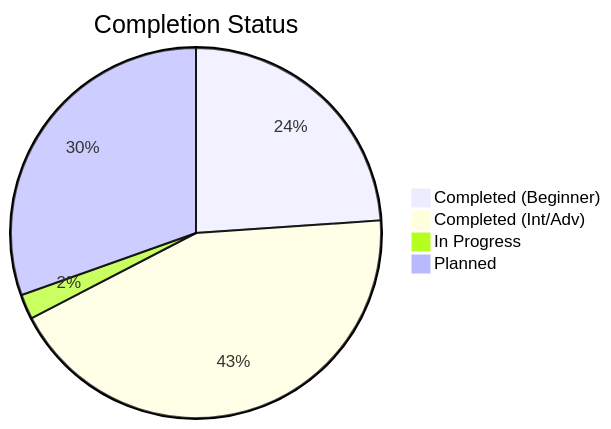
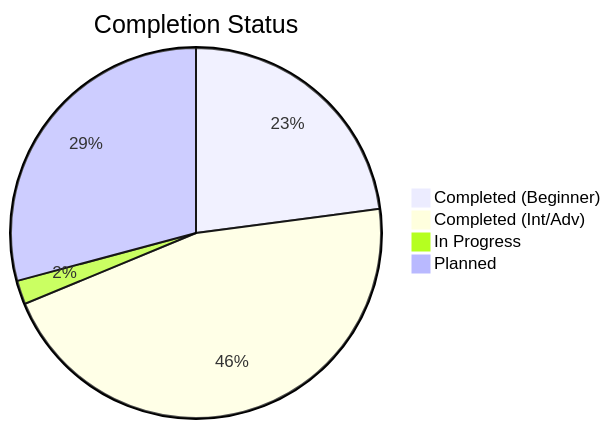
The third of 3 diagrams in 1-Beginner/02-Phase-2/01-Automation/AUTOMATION_MASTER_INDEX.md (Ganil151/Devops), drawn with Mermaid before and after one commit. The commit also changed other lines of this file and 4 other files, not shown here.

````diff
--- a/1-Beginner/02-Phase-2/01-Automation/AUTOMATION_MASTER_INDEX.md
+++ b/1-Beginner/02-Phase-2/01-Automation/AUTOMATION_MASTER_INDEX.md
@@ -875,7 +903,7 @@
 ```mermaid
 pie title Completion Status
     "Completed (Beginner)" : 11
-    "Completed (Int/Adv)" : 20
+    "Completed (Int/Adv)" : 22
     "In Progress" : 1
     "Planned" : 14
 ```
````
